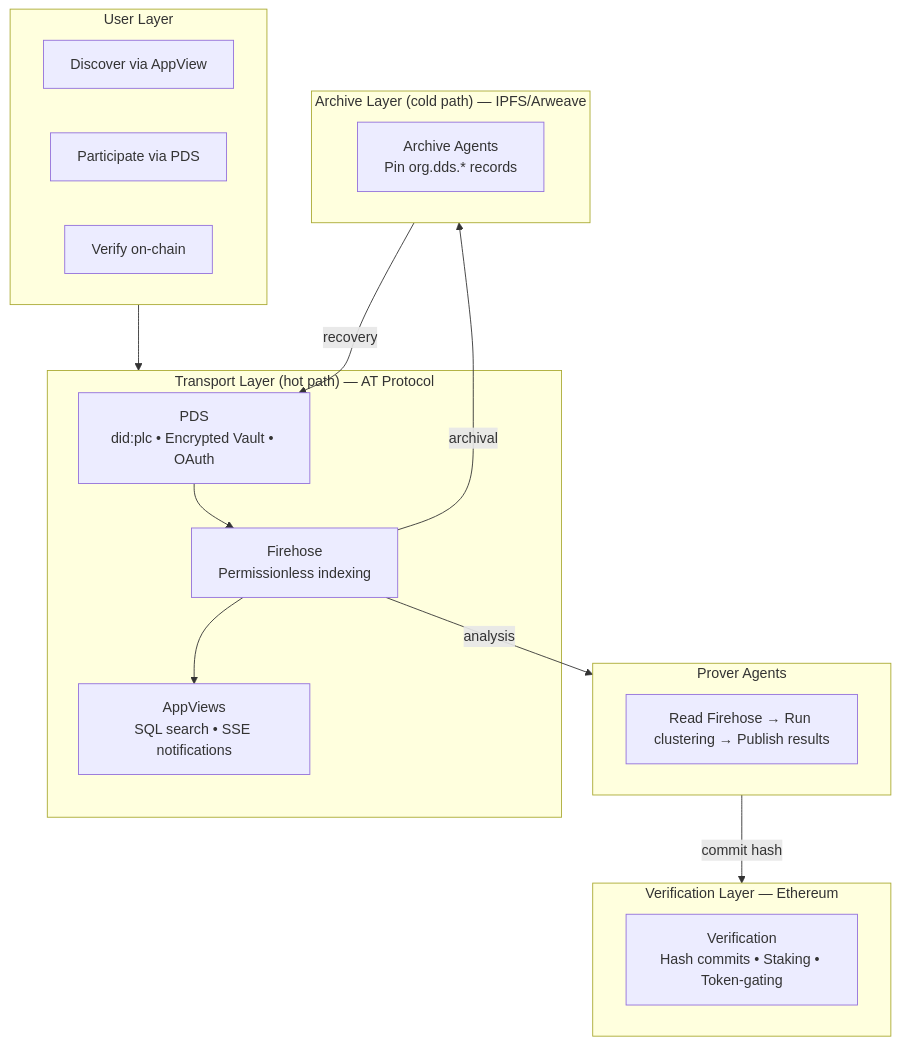
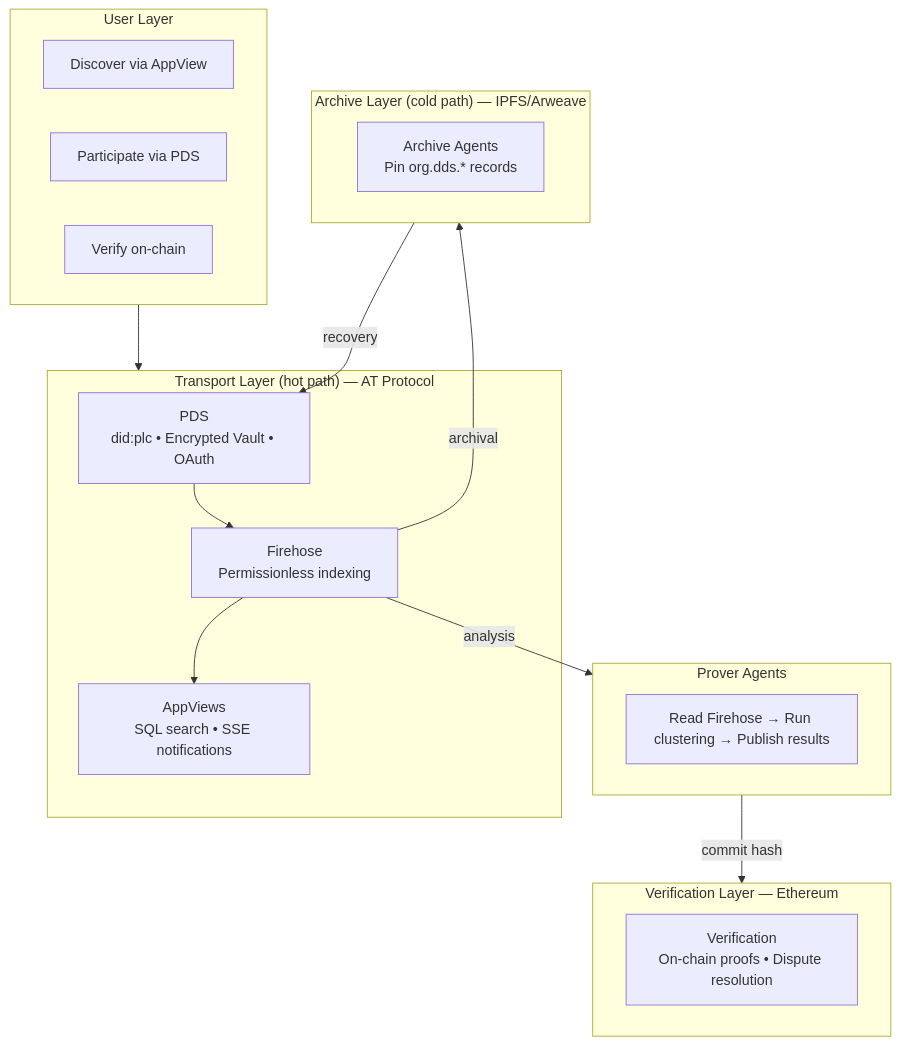
Before and after one commit to zkorum/agora: the first of 2 diagrams in doc/decentralized-protocol/0013-agora-atproto-walkaway.md, drawn with Mermaid. The commit also changed other lines of this file and 1 other file, not shown here.

````diff
--- a/doc/decentralized-protocol/0013-agora-atproto-walkaway.md
+++ b/doc/decentralized-protocol/0013-agora-atproto-walkaway.md
@@ -53,33 +29,33 @@
 ```mermaid
 flowchart TB
     subgraph User["User Layer"]
         Discover[Discover via AppView]
         Participate[Participate via PDS]
         Verify[Verify on-chain]
     end
 
     subgraph Transport["Transport Layer (hot path) — AT Protocol"]
         PDS["PDS<br/>did:plc • Encrypted Vault • OAuth"]
         Firehose["Firehose<br/>Permissionless indexing"]
         AppView["AppViews<br/>SQL search • SSE notifications"]
         PDS --> Firehose --> AppView
     end
 
     subgraph Archive["Archive Layer (cold path) — IPFS/Arweave"]
         ArchiveAgents["Archive Agents<br/>Pin org.dds.* records"]
     end
 
     subgraph Verification["Verification Layer — Ethereum"]
-        Truth["Verification<br/>Hash commits • Staking • Token-gating"]
+        Truth["Verification<br/>On-chain proofs • Dispute resolution"]
     end
 
     subgraph Prover["Prover Agents"]
         Compute["Read Firehose → Run clustering → Publish results"]
     end
 
     User --> Transport
     Firehose -->|archival| Archive
     Firehose -->|analysis| Prover
     Prover -->|commit hash| Verification
     Archive -->|recovery| PDS
 ```
````
